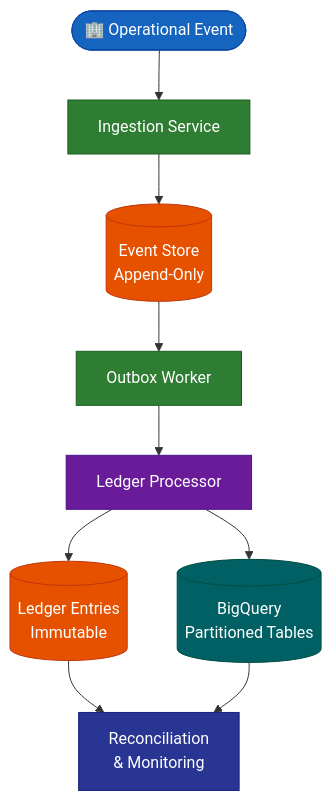
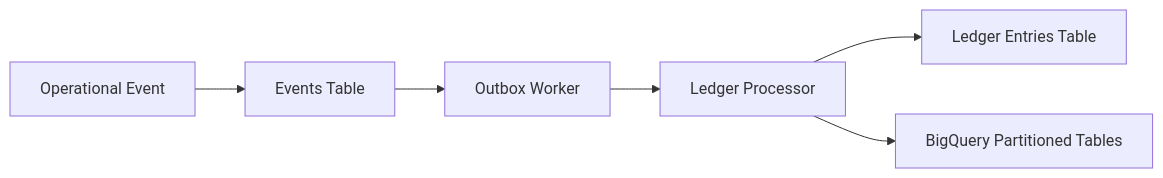
Before and after one commit to Bensha93/immutable-event-ledger-gcp: the diagram in docs/architecture-overview.md, drawn with Mermaid. The commit also changed other lines of this file, not shown here.

First line of the commit message:
Revise architecture overview document for clarity

````diff
--- a/docs/architecture-overview.md
+++ b/docs/architecture-overview.md
@@ -80,20 +54,8 @@
 ```mermaid
-flowchart TD
-    A([🏢 Operational Event]) --> B[Ingestion Service]
-    B --> C[(Event Store\nAppend-Only)]
-    C --> D[Outbox Worker]
-    D --> E[Ledger Processor]
-    E --> F[(Ledger Entries\nImmutable)]
-    E --> G[(BigQuery\nPartitioned Tables)]
-    F --> H[Reconciliation\n& Monitoring]
-    G --> H
-
-    style A fill:#1565C0,color:#fff,stroke:#0d47a1
-    style B fill:#2E7D32,color:#fff,stroke:#1B5E20
-    style C fill:#E65100,color:#fff,stroke:#BF360C
-    style D fill:#2E7D32,color:#fff,stroke:#1B5E20
-    style E fill:#6A1B9A,color:#fff,stroke:#4A148C
-    style F fill:#E65100,color:#fff,stroke:#BF360C
-    style G fill:#006064,color:#fff,stroke:#004D40
-    style H fill:#283593,color:#fff,stroke:#1A237E
+flowchart LR
+    A[Operational Event] --> B[Events Table]
+    B --> C[Outbox Worker]
+    C --> D[Ledger Processor]
+    D --> E[Ledger Entries Table]
+    D --> F[BigQuery Partitioned Tables]
 ```
````
